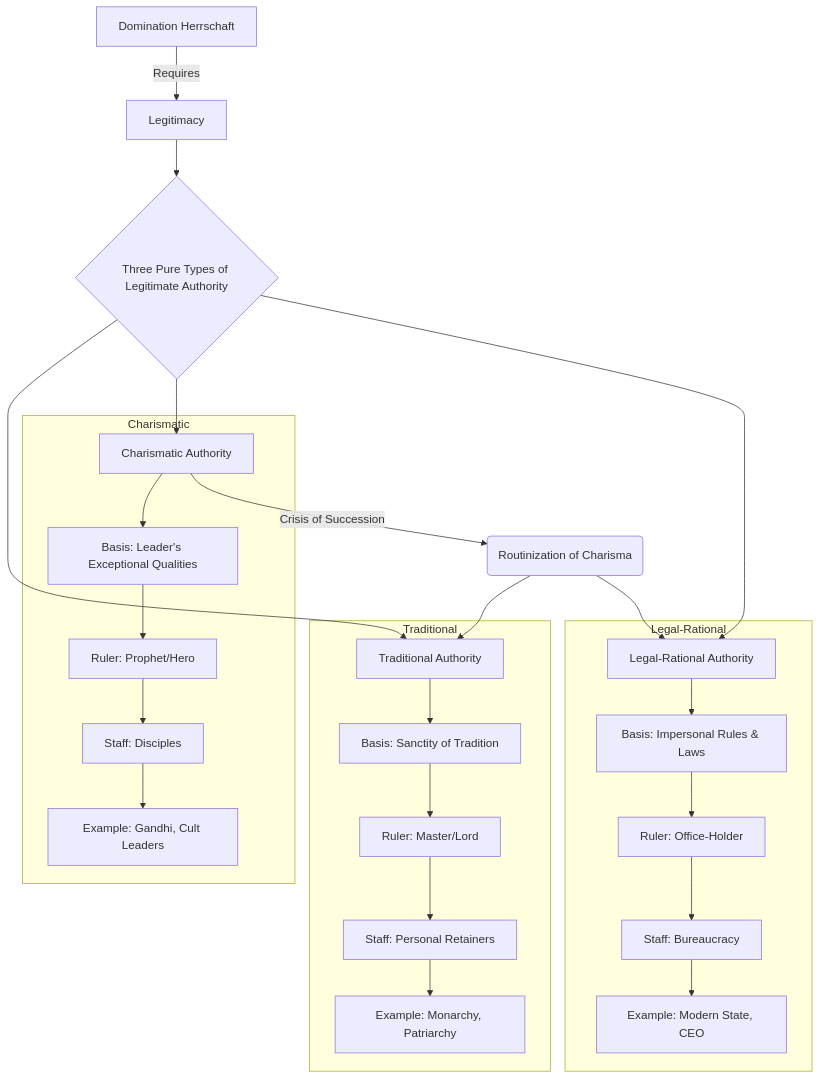
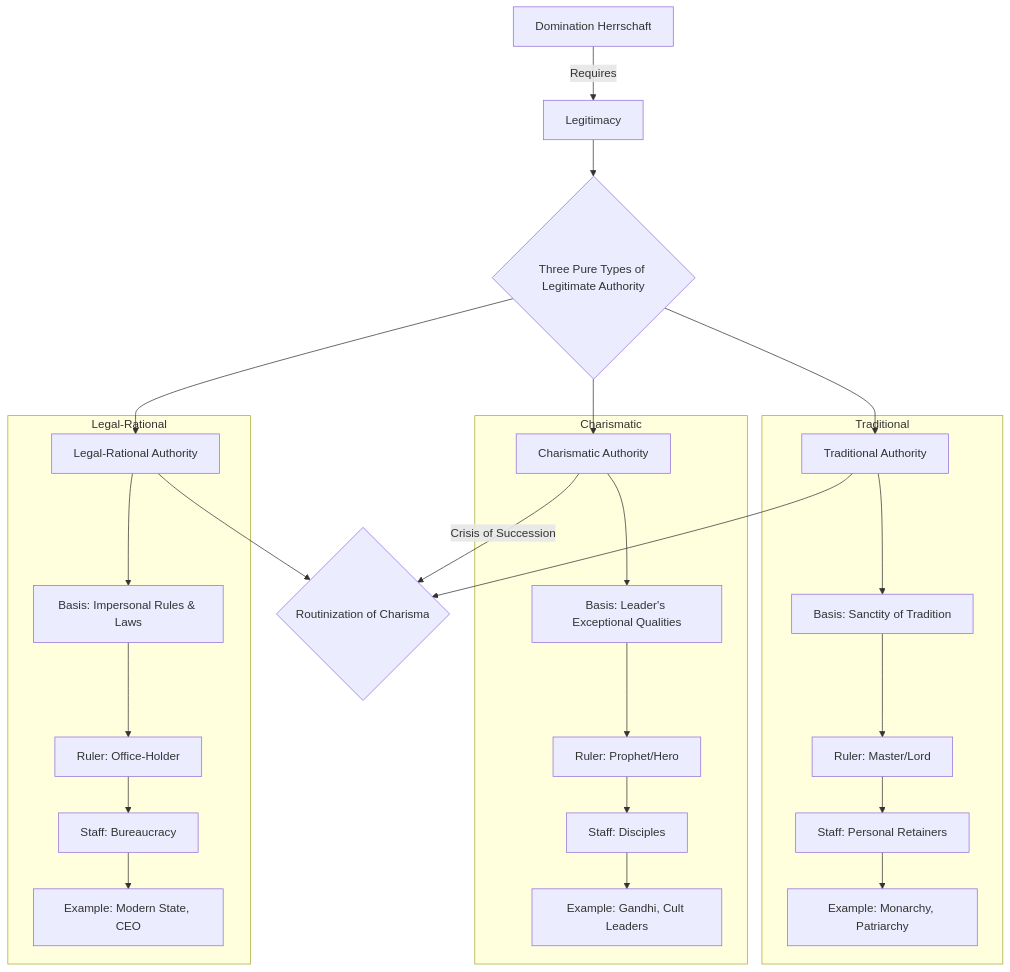
Before and after one commit to elevate0123/CSE: the fourth of 10 diagrams in 06 Sociology/IGNOU MSO/MSO 01 Crisp Notes - Sociological Theories and Concepts.md, drawn with Mermaid. The commit also changed other lines of this file and 45 other files, not shown here.

````diff
--- a/06 Sociology/IGNOU MSO/MSO 01 Crisp Notes - Sociological Theories and Concepts.md
+++ b/06 Sociology/IGNOU MSO/MSO 01 Crisp Notes - Sociological Theories and Concepts.md
@@ -787,34 +778,34 @@
 ```mermaid
 graph TD
     A[Domination Herrschaft] -- Requires --> B[Legitimacy];
     B --> C{Three Pure Types of Legitimate Authority};
     
     C --> D[Traditional Authority];
     C --> E[Charismatic Authority];
     C --> F[Legal-Rational Authority];
 
     subgraph Traditional
         D --> D1["Basis: Sanctity of Tradition"];
         D1 --> D2["Ruler: Master/Lord"];
         D2 --> D3["Staff: Personal Retainers"];
         D3 --> D4["Example: Monarchy, Patriarchy"];
     end
 
     subgraph Charismatic
         E --> E1["Basis: Leader's Exceptional Qualities"];
         E1 --> E2["Ruler: Prophet/Hero"];
         E2 --> E3["Staff: Disciples"];
         E3 --> E4["Example: Gandhi, Cult Leaders"];
     end
 
     subgraph Legal-Rational
         F --> F1["Basis: Impersonal Rules & Laws"];
         F1 --> F2["Ruler: Office-Holder"];
         F2 --> F3["Staff: Bureaucracy"];
         F3 --> F4["Example: Modern State, CEO"];
     end
 
-    E -- Crisis of Succession --> G(Routinization of Charisma);
-    G --> D;
-    G --> F;
+    E -- Crisis of Succession --> G{Routinization of Charisma};
+    F --> G;
+    D --> G;
 ```
````
